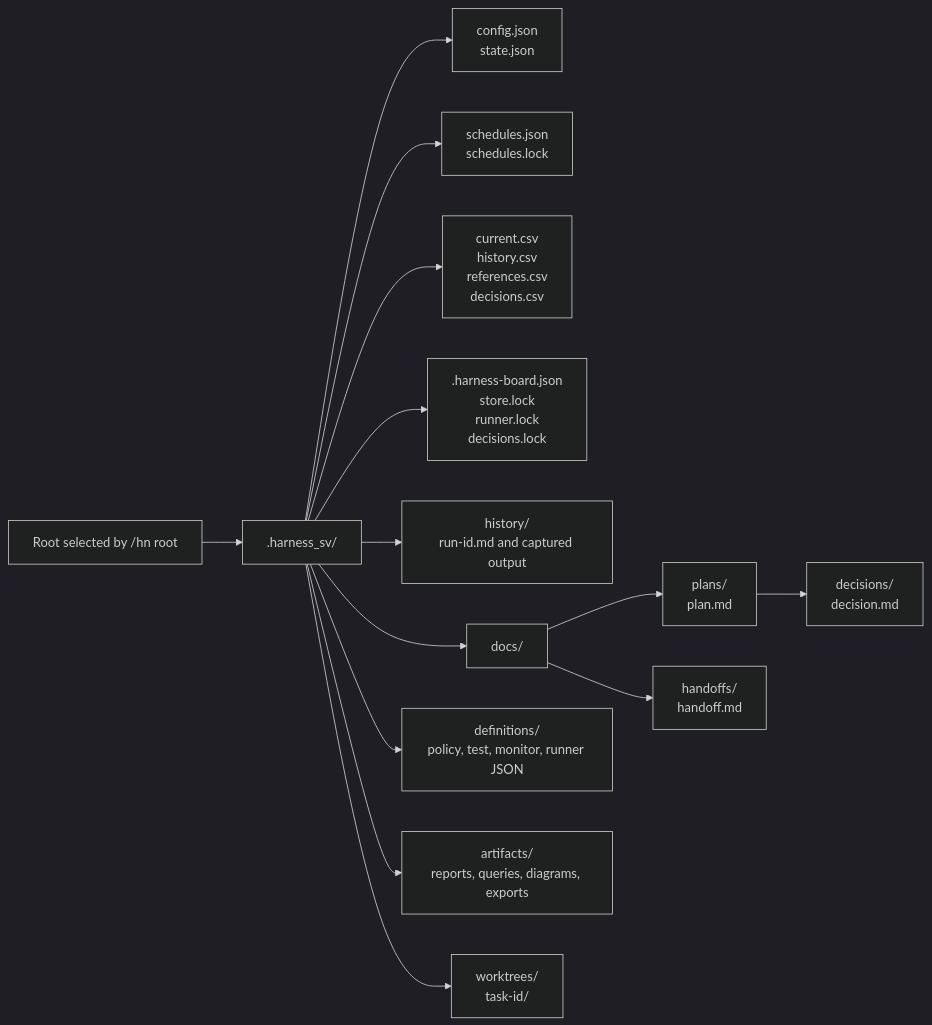
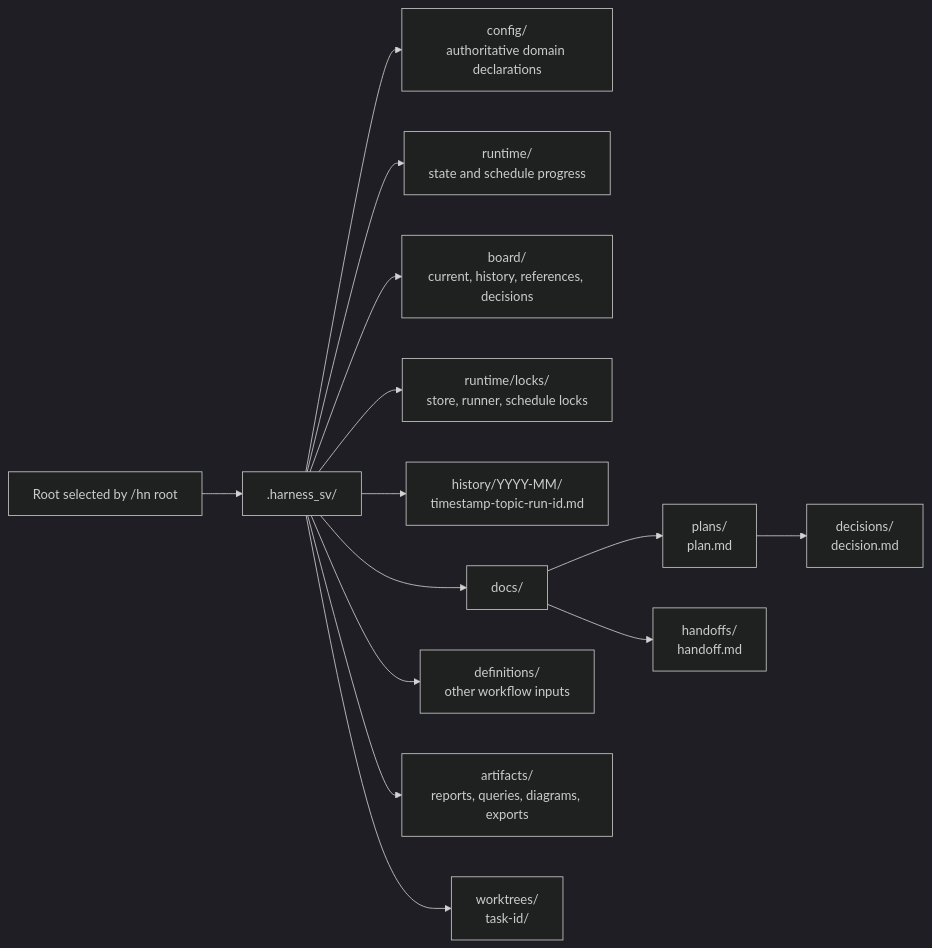
One commit to wzlwit/skillvault changed the second of 2 diagrams in docs/plans/2026-09-16-topic-skill-refactor.md. Above: the diagram before and after it, drawn with Mermaid (dark theme). The commit also changed other lines of this file and 164 other files, not shown here.

````diff
--- a/docs/plans/2026-09-16-topic-skill-refactor.md
+++ b/docs/plans/2026-09-16-topic-skill-refactor.md
@@ -142,16 +149,16 @@
 ```mermaid
 flowchart LR
   ROOT["Root selected by /hn root"] --> STORE[".harness_sv/"]
-  STORE --> STATE["config.json<br/>state.json"]
-  STORE --> SCHEDULES["schedules.json<br/>schedules.lock"]
-  STORE --> BOARD["current.csv<br/>history.csv<br/>references.csv<br/>decisions.csv"]
-  STORE --> LOCKS[".harness-board.json<br/>store.lock<br/>runner.lock<br/>decisions.lock"]
-  STORE --> HISTORY["history/<br/>run-id.md and captured output"]
+  STORE --> CONFIG["config/<br/>authoritative domain declarations"]
+  STORE --> STATE["runtime/<br/>state and schedule progress"]
+  STORE --> BOARD["board/<br/>current, history, references, decisions"]
+  STORE --> LOCKS["runtime/locks/<br/>store, runner, schedule locks"]
+  STORE --> HISTORY["history/YYYY-MM/<br/>timestamp-topic-run-id.md"]
   STORE --> DOCS["docs/"]
   DOCS --> PLANS["plans/<br/>plan.md"]
   PLANS --> DECISIONS["decisions/<br/>decision.md"]
   DOCS --> HANDOFFS["handoffs/<br/>handoff.md"]
-  STORE --> DEFINITIONS["definitions/<br/>policy, test, monitor, runner JSON"]
+  STORE --> DEFINITIONS["definitions/<br/>other workflow inputs"]
   STORE --> ARTIFACTS["artifacts/<br/>reports, queries, diagrams, exports"]
   STORE --> WORKTREES["worktrees/<br/>task-id/"]
 ```
````
